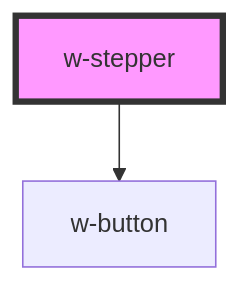
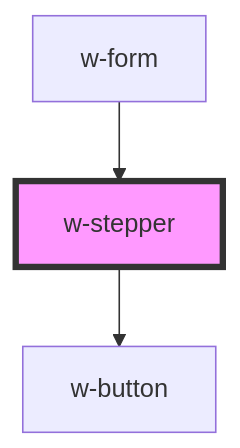
One commit to theUrbans/uniform changed the diagram in src/components/w-stepper/readme.md. Above: the diagram before and after it, drawn with Mermaid. The commit also changed other lines of this file and 10 other files, not shown here.

````diff
--- a/src/components/w-stepper/readme.md
+++ b/src/components/w-stepper/readme.md
@@ -35,5 +39,6 @@
 ```mermaid
 graph TD;
   w-stepper --> w-button
+  w-form --> w-stepper
   style w-stepper fill:#f9f,stroke:#333,stroke-width:4px
 ```
````
